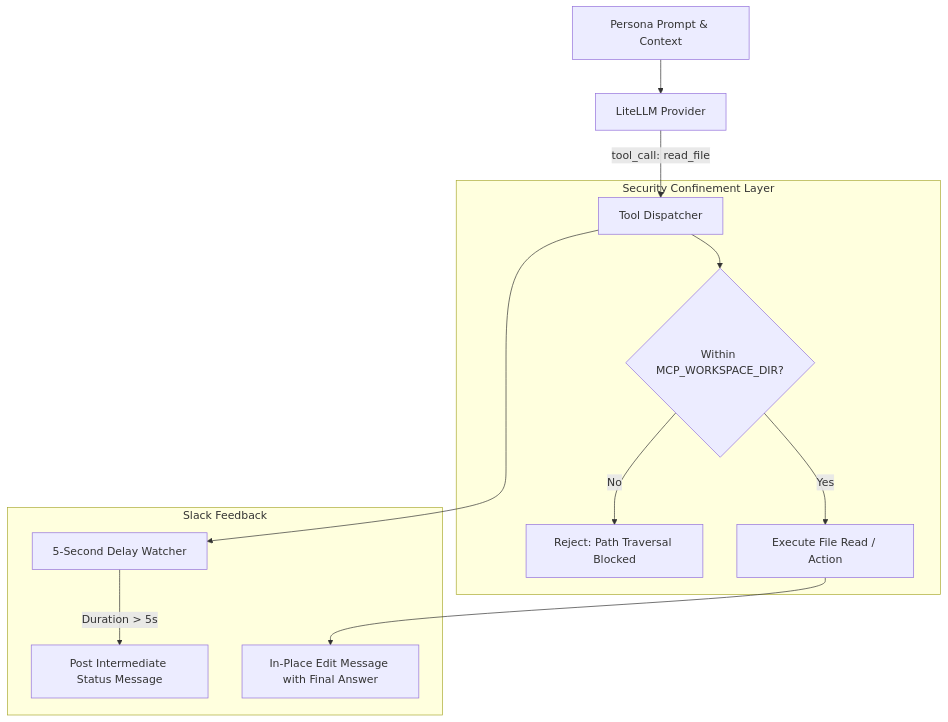
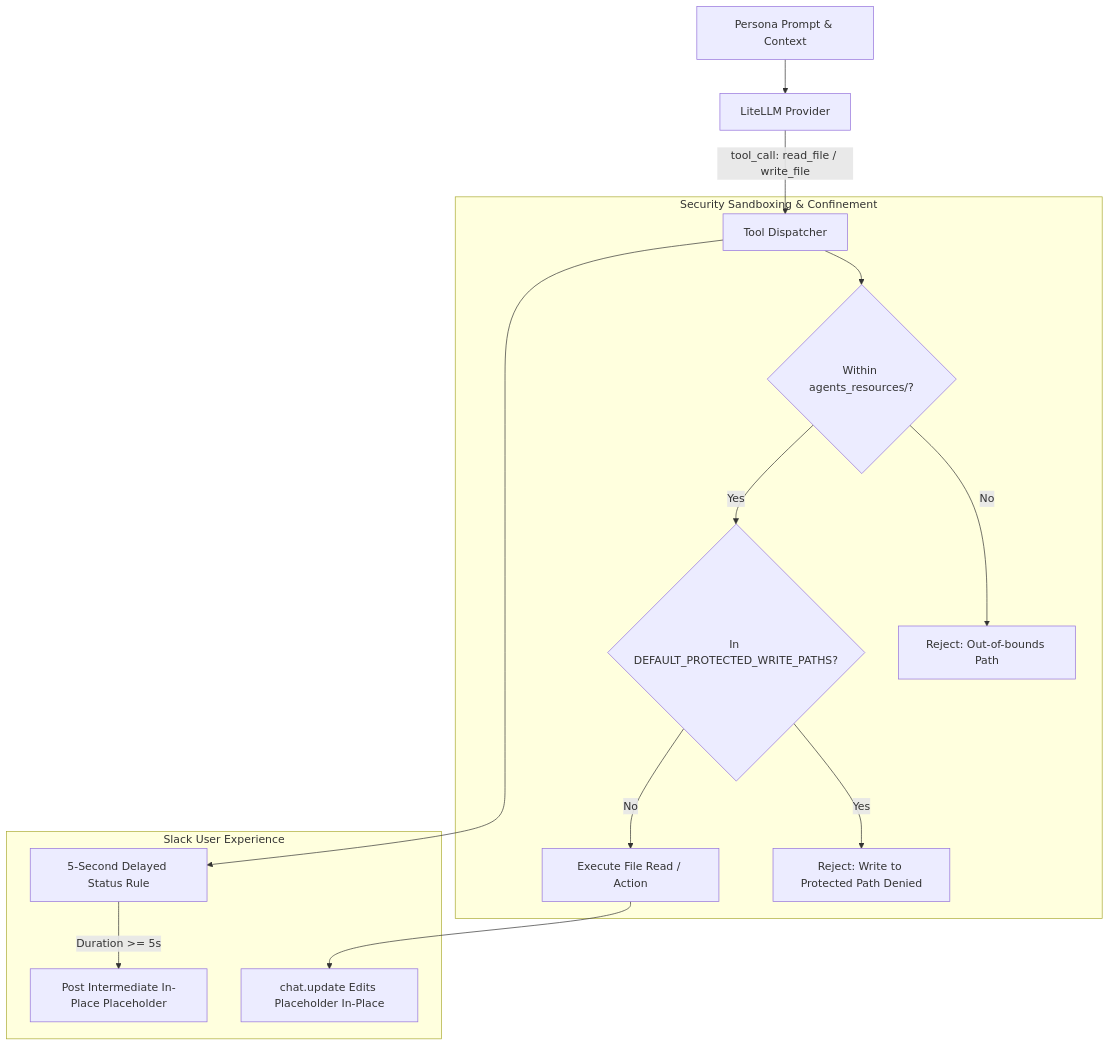
The diagram in docs/agents-and-skills/mcp-and-tools.md (BranMik/Izvor), drawn with Mermaid before and after one commit. The commit also changed other lines of this file and 16 other files, not shown here.

First line of the commit message:
docs: comprehensive documentation audit and architecture alignment

````diff
--- a/docs/agents-and-skills/mcp-and-tools.md
+++ b/docs/agents-and-skills/mcp-and-tools.md
@@ -13,17 +13,19 @@
 ```mermaid
 graph TD
     Persona[Persona Prompt & Context] --> LLM[LiteLLM Provider]
-    LLM -->|tool_call: read_file| Dispatcher[Tool Dispatcher]
+    LLM -->|tool_call: read_file / write_file| Dispatcher[Tool Dispatcher]
     
-    subgraph Security Confinement Layer
-        Dispatcher --> BoundaryCheck{Within MCP_WORKSPACE_DIR?}
-        BoundaryCheck -->|No| SecurityViolation[Reject: Path Traversal Blocked]
-        BoundaryCheck -->|Yes| Execution[Execute File Read / Action]
+    subgraph Security Sandboxing & Confinement
+        Dispatcher --> SandboxCheck{Within agents_resources/?}
+        SandboxCheck -->|No| SandboxedErr[Reject: Out-of-bounds Path]
+        SandboxCheck -->|Yes| ProtectedCheck{In DEFAULT_PROTECTED_WRITE_PATHS?}
+        ProtectedCheck -->|Yes| BlockedErr[Reject: Write to Protected Path Denied]
+        ProtectedCheck -->|No| Execution[Execute File Read / Action]
     end
     
-    subgraph Slack Feedback
-        Dispatcher --> Timer[5-Second Delay Watcher]
-        Timer -->|Duration > 5s| SlackStatus[Post Intermediate Status Message]
-        Execution --> Finalize[In-Place Edit Message with Final Answer]
+    subgraph Slack User Experience
+        Dispatcher --> Timer[5-Second Delayed Status Rule]
+        Timer -->|Duration >= 5s| SlackStatus[Post Intermediate In-Place Placeholder]
+        Execution --> Finalize[chat.update Edits Placeholder In-Place]
     end
 ```
````
